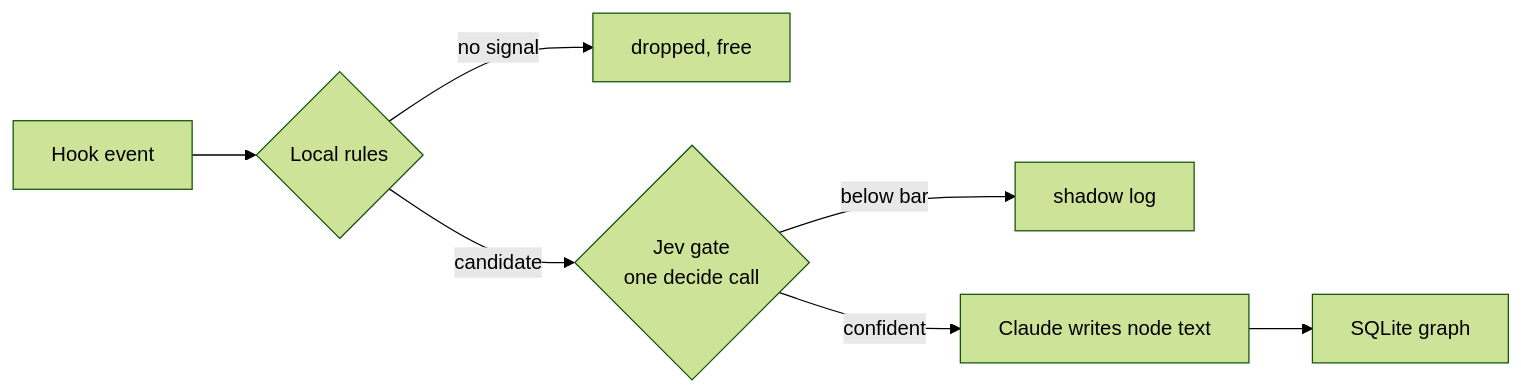
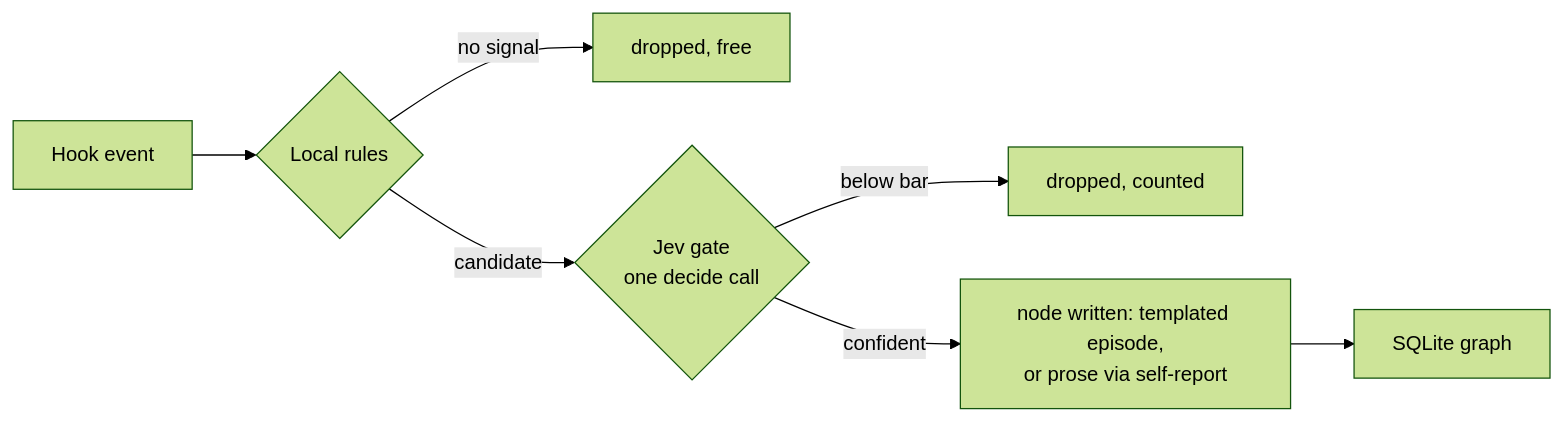
One commit to BG-BGI/jev-kit changed the diagram in docs/experience-graph.md. Above: the diagram before and after it, drawn with Mermaid (forest theme). The commit also changed other lines of this file and 1 other file, not shown here.

First line of the commit message:
docs(experience-graph): resolve the RFC's open questions from the grill session

````diff
--- a/docs/experience-graph.md
+++ b/docs/experience-graph.md
@@ -56,9 +56,9 @@
 ```mermaid
 flowchart LR
     A["Hook event"] --> B{"Local rules"}
     B -- no signal --> X["dropped, free"]
     B -- candidate --> C{"Jev gate<br/>one decide call"}
-    C -- below bar --> S["shadow log"]
-    C -- confident --> D["Claude writes node text"]
+    C -- below bar --> S["dropped, counted"]
+    C -- confident --> D["node written: templated episode,<br/>or prose via self-report"]
     D --> E["SQLite graph"]
 ```
````
